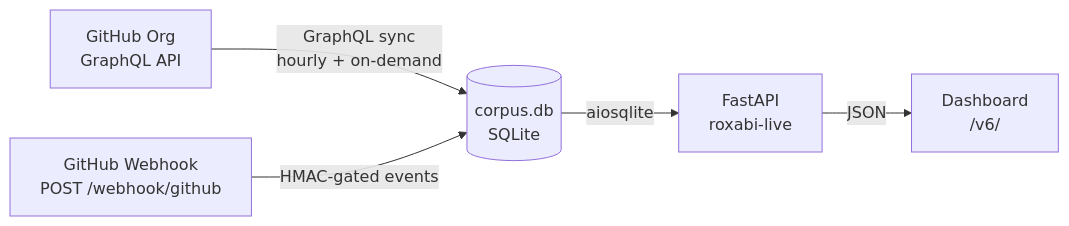
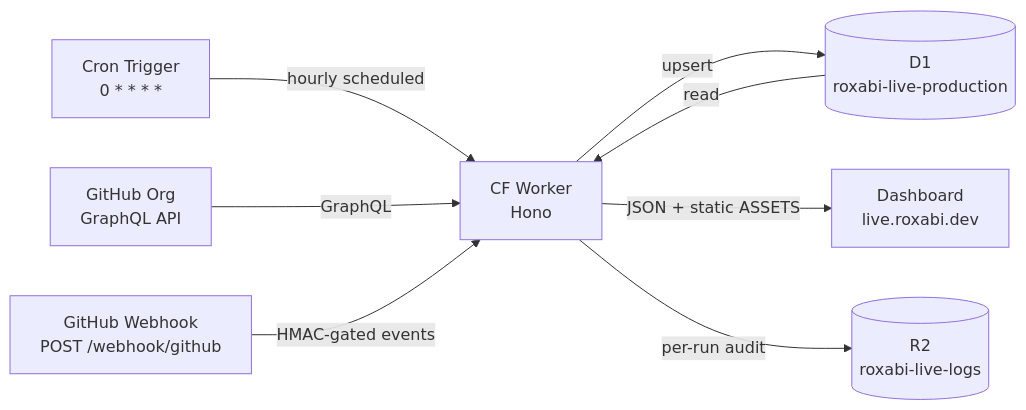
One commit to Roxabi/roxabi-live changed the diagram in README.md. Above: the diagram before and after it, drawn with Mermaid. The commit also changed other lines of this file, not shown here.

First line of the commit message:
docs(readme): realign to Cloudflare Worker + D1 architecture

````diff
--- a/README.md
+++ b/README.md
@@ -41,13 +36,18 @@
 ```mermaid
 flowchart LR
+    CRON[Cron Trigger\n0 * * * *]
     GH[GitHub Org\nGraphQL API]
-    DB[(corpus.db\nSQLite)]
-    API[FastAPI\nroxabi-live]
-    FE[Dashboard\n/v6/]
+    W[CF Worker\nHono]
+    DB[(D1\nroxabi-live-production)]
+    R2[(R2\nroxabi-live-logs)]
+    FE[Dashboard\nlive.roxabi.dev]
     WH[GitHub Webhook\nPOST /webhook/github]
 
-    GH -->|GraphQL sync\nhourly + on-demand| DB
-    DB -->|aiosqlite| API
-    API -->|JSON| FE
-    WH -->|HMAC-gated events| DB
+    CRON -->|hourly scheduled| W
+    GH -->|GraphQL| W
+    W -->|upsert| DB
+    DB -->|read| W
+    W -->|JSON + static ASSETS| FE
+    WH -->|HMAC-gated events| W
+    W -->|per-run audit| R2
 ```
````
